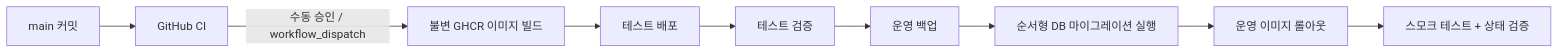
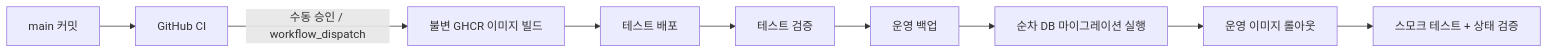
Before and after one commit to wtrdd1-hash/Woldeok-Moneyverse-Migration: the third of 3 diagrams in README/README.auto.ko.md, drawn with Mermaid. The commit also changed other lines of this file, not shown here.

````diff
--- a/README/README.auto.ko.md
+++ b/README/README.auto.ko.md
@@ -265,11 +263,11 @@
 ```mermaid
 flowchart LR
     C[main 커밋] --> CI[GitHub CI]
     CI -->|수동 승인 / workflow_dispatch| B[불변 GHCR 이미지 빌드]
     B --> T[테스트 배포]
     T --> V[테스트 검증]
     V --> P[운영 백업]
-    P --> M[순서형 DB 마이그레이션 실행]
+    P --> M[순차 DB 마이그레이션 실행]
     M --> R[운영 이미지 롤아웃]
     R --> S[스모크 테스트 + 상태 검증]
 ```
````
